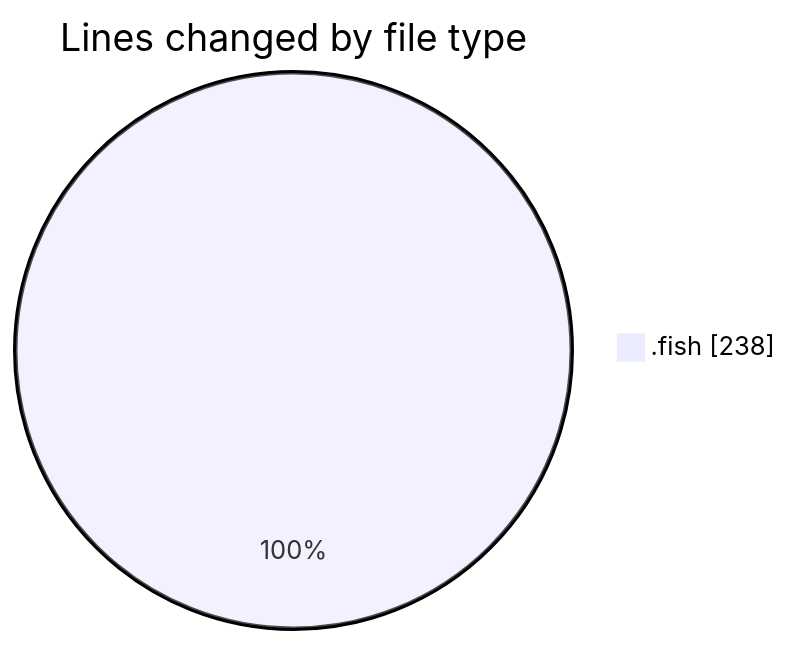
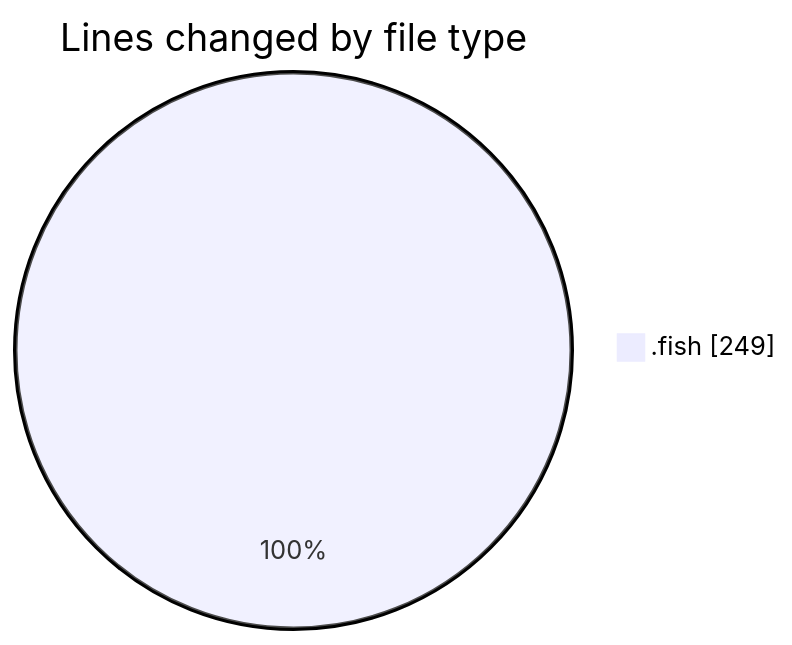
One commit to EIIisD/code-tracking changed the first of 2 diagrams in 2025-08-03/fish/README.md. Above: the diagram before and after it, drawn with Mermaid. The commit also changed other lines of this file and 1 other file, not shown here.

````diff
--- a/2025-08-03/fish/README.md
+++ b/2025-08-03/fish/README.md
@@ -22,5 +22,5 @@
 ```mermaid
 pie showData
 title Lines changed by file type
-".fish" : 238
+".fish" : 249
 ```
````
